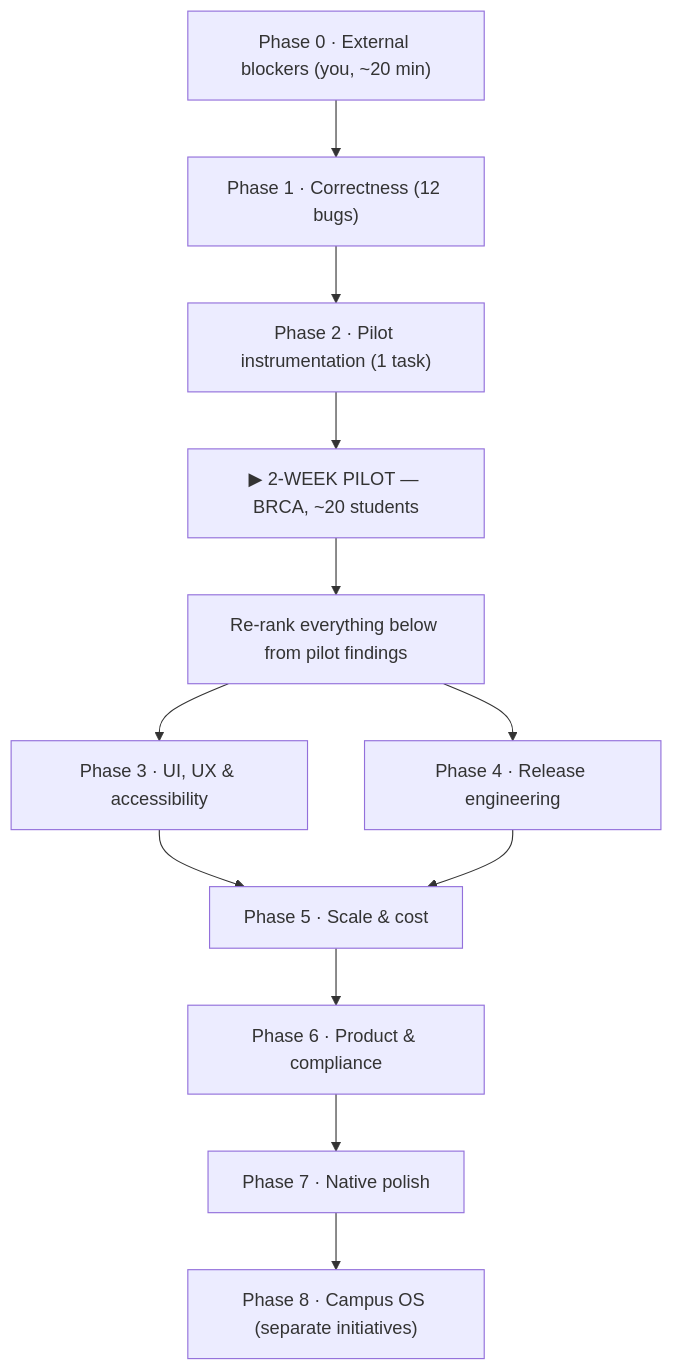
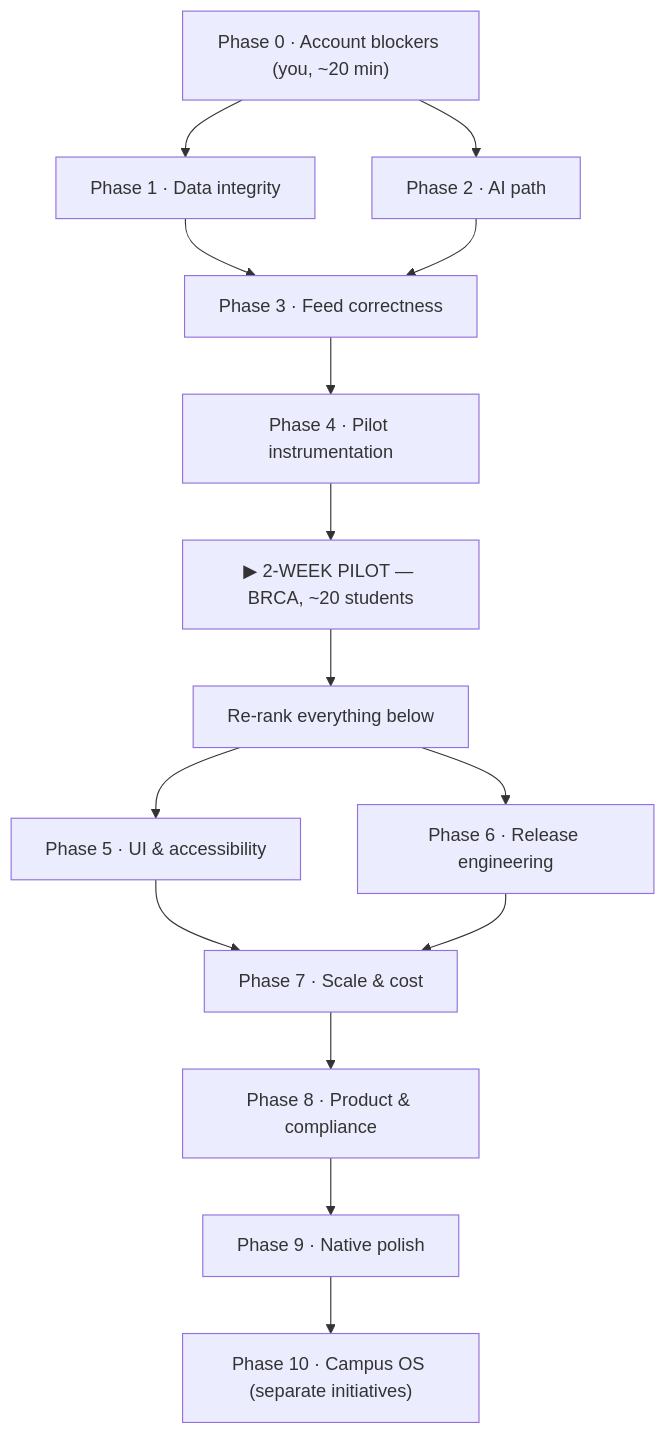
Before and after one commit to prathamkathi/loop-app: the diagram in loop-app/docs/master_todo_roadmap_report.md, drawn with Mermaid. The commit also changed other lines of this file, not shown here.

First line of the commit message:
docs: correct roadmap status by testing behaviour, not presence

````diff
--- a/loop-app/docs/master_todo_roadmap_report.md
+++ b/loop-app/docs/master_todo_roadmap_report.md
@@ -22,14 +24,17 @@
 ```mermaid
 graph TD
-    B["Phase 0 · External blockers (you, ~20 min)"] --> P1["Phase 1 · Correctness (12 bugs)"]
-    P1 --> P2["Phase 2 · Pilot instrumentation (1 task)"]
-    P2 --> PILOT["▶ 2-WEEK PILOT — BRCA, ~20 students"]
-    PILOT --> R["Re-rank everything below from pilot findings"]
-    R --> P3["Phase 3 · UI, UX & accessibility"]
-    R --> P4["Phase 4 · Release engineering"]
-    P3 --> P5["Phase 5 · Scale & cost"]
-    P4 --> P5
-    P5 --> P6["Phase 6 · Product & compliance"]
-    P6 --> P7["Phase 7 · Native polish"]
-    P7 --> P8["Phase 8 · Campus OS (separate initiatives)"]
+    B["Phase 0 · Account blockers (you, ~20 min)"] --> P1["Phase 1 · Data integrity"]
+    B --> P2["Phase 2 · AI path"]
+    P1 --> P3["Phase 3 · Feed correctness"]
+    P2 --> P3
+    P3 --> P4["Phase 4 · Pilot instrumentation"]
+    P4 --> PILOT["▶ 2-WEEK PILOT — BRCA, ~20 students"]
+    PILOT --> R["Re-rank everything below"]
+    R --> P5["Phase 5 · UI & accessibility"]
+    R --> P6["Phase 6 · Release engineering"]
+    P5 --> P7["Phase 7 · Scale & cost"]
+    P6 --> P7
+    P7 --> P8["Phase 8 · Product & compliance"]
+    P8 --> P9["Phase 9 · Native polish"]
+    P9 --> P10["Phase 10 · Campus OS (separate initiatives)"]
 ```
````
